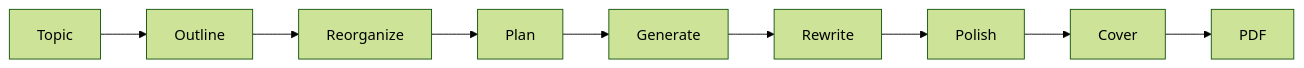
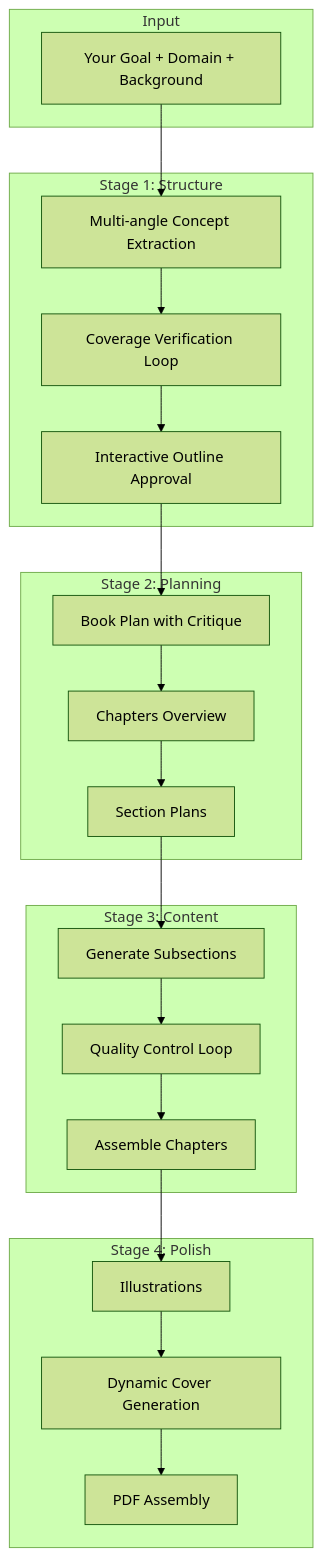
One commit to AynurAda/book_generator changed the diagram in README.md. Above: the diagram before and after it, drawn with Mermaid (forest theme). The commit also changed other lines of this file and 24 other files, not shown here.

First line of the commit message:
Add dynamic cover generation, pipeline visualization, and hackathon prep

````diff
--- a/README.md
+++ b/README.md
@@ -107,11 +91,35 @@
 ```mermaid
-flowchart LR
-    A[Topic] --> B[Outline]
-    B --> C[Reorganize]
-    C --> D[Plan]
-    D --> E[Generate]
-    E --> F[Rewrite]
-    F --> G[Polish]
-    G --> H[Cover]
-    H --> I[PDF]
+flowchart TB
+    subgraph Input
+        A[Your Goal + Domain + Background]
+    end
+
+    subgraph "Stage 1: Structure"
+        B[Multi-angle Concept Extraction]
+        C[Coverage Verification Loop]
+        D[Interactive Outline Approval]
+    end
+
+    subgraph "Stage 2: Planning"
+        E[Book Plan with Critique]
+        F[Chapters Overview]
+        G[Section Plans]
+    end
+
+    subgraph "Stage 3: Content"
+        H[Generate Subsections]
+        I[Quality Control Loop]
+        J[Assemble Chapters]
+    end
+
+    subgraph "Stage 4: Polish"
+        K[Illustrations]
+        L[Dynamic Cover Generation]
+        M[PDF Assembly]
+    end
+
+    A --> B --> C --> D
+    D --> E --> F --> G
+    G --> H --> I --> J
+    J --> K --> L --> M
 ```
````
